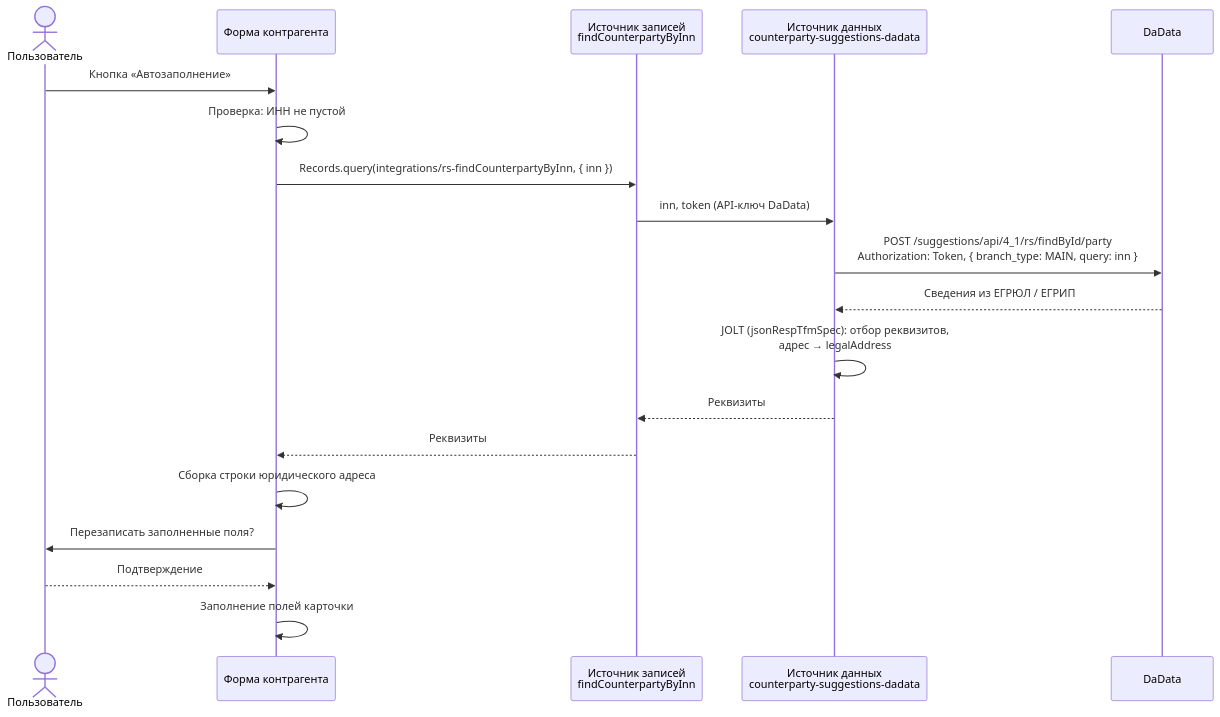
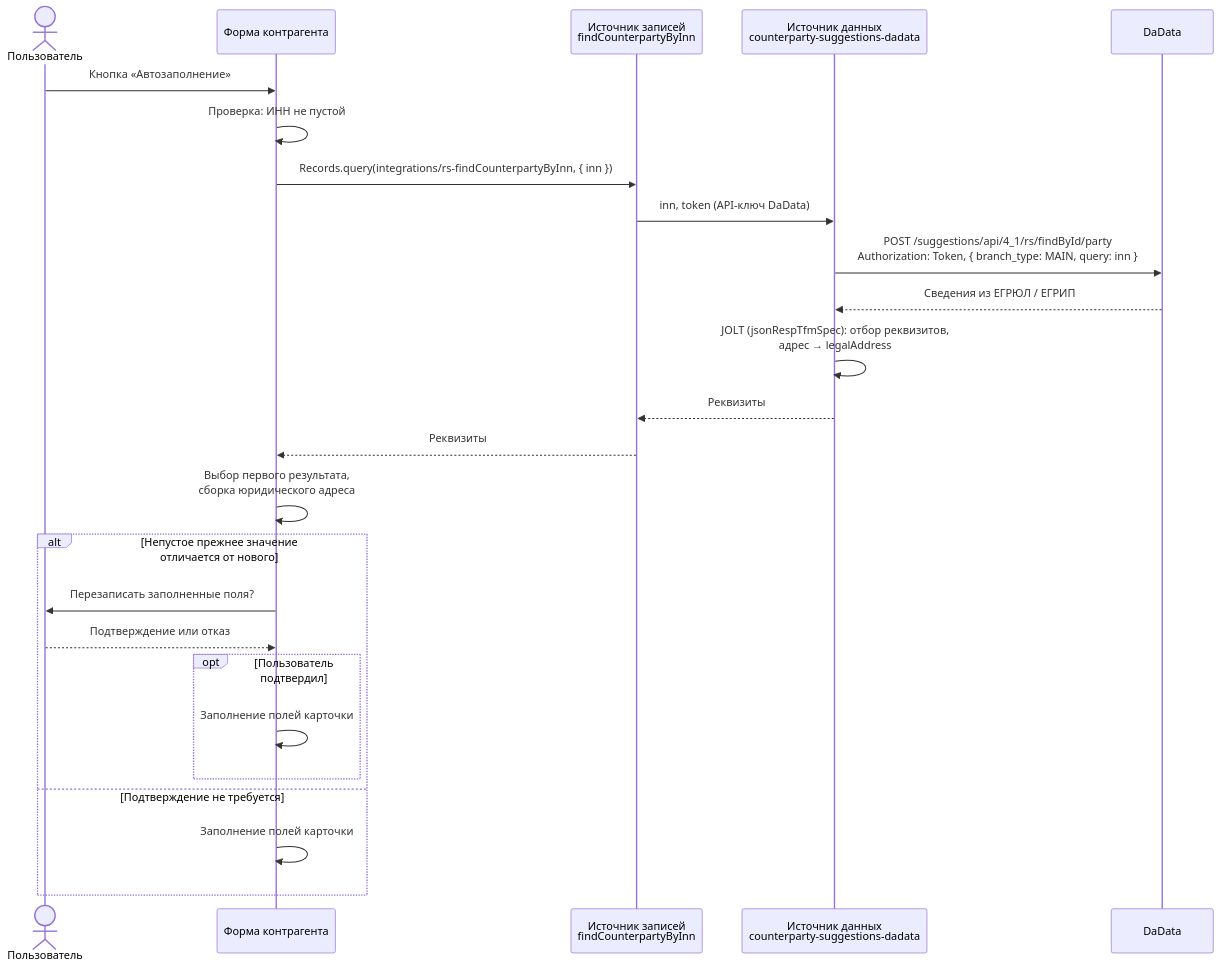
The diagram in docs/integration/dadata_settings.rst (Citeck/ecos-docs), drawn with Mermaid before and after one commit. The commit also changed other lines of this file and 76 other files, not shown here.

```diff
--- a/docs/integration/dadata_settings.rst
+++ b/docs/integration/dadata_settings.rst
@@ -40,21 +49,27 @@
 .. mermaid::
 
    sequenceDiagram
        actor U as Пользователь
        participant F as Форма контрагента
        participant R as Источник записей<br/>findCounterpartyByInn
        participant S as Источник данных<br/>counterparty-suggestions-dadata
        participant D as DaData
        U->>F: Кнопка «Автозаполнение»
        F->>F: Проверка: ИНН не пустой
        F->>R: Records.query(integrations/rs-findCounterpartyByInn, { inn })
        R->>S: inn, token (API-ключ DaData)
        S->>D: POST /suggestions/api/4_1/rs/findById/party<br/>Authorization: Token, { branch_type: MAIN, query: inn }
        D-->>S: Сведения из ЕГРЮЛ / ЕГРИП
        S->>S: JOLT (jsonRespTfmSpec): отбор реквизитов,<br/>адрес → legalAddress
        S-->>R: Реквизиты
        R-->>F: Реквизиты
-       F->>F: Сборка строки юридического адреса
-       F->>U: Перезаписать заполненные поля?
-       U-->>F: Подтверждение
-       F->>F: Заполнение полей карточки
+       F->>F: Выбор первого результата,<br/>сборка юридического адреса
+       alt Непустое прежнее значение отличается от нового
+           F->>U: Перезаписать заполненные поля?
+           U-->>F: Подтверждение или отказ
+           opt Пользователь подтвердил
+               F->>F: Заполнение полей карточки
+           end
+       else Подтверждение не требуется
+           F->>F: Заполнение полей карточки
+       end
```
